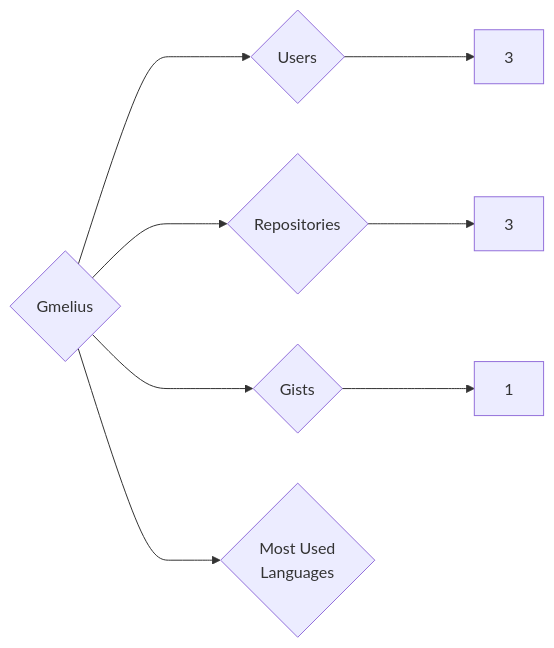
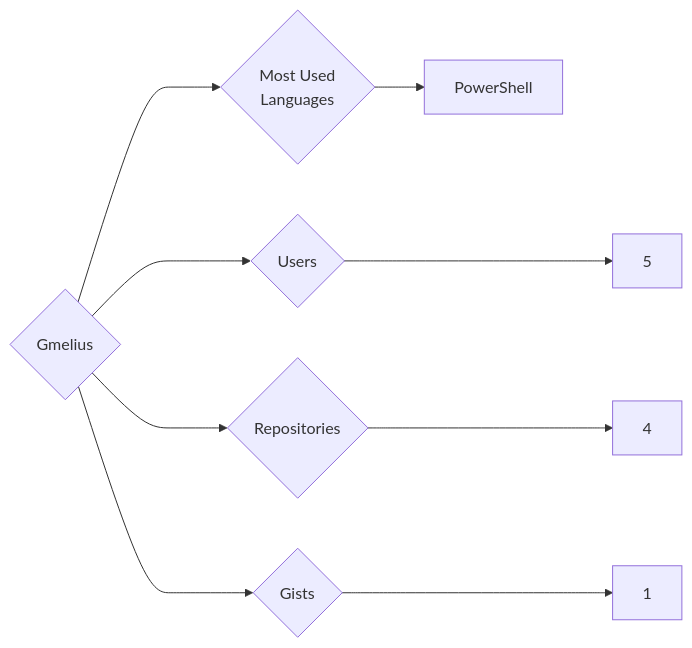
One commit to trickest/insiders changed the diagram in targets/Gmelius/README.md. Above: the diagram before and after it, drawn with Mermaid. The commit also changed 1175 other files, not shown here.

````diff
--- a/targets/Gmelius/README.md
+++ b/targets/Gmelius/README.md
@@ -3,8 +3,9 @@
 ```mermaid
 graph LR
 COMPANY_NAME{Gmelius}
-COMPANY_NAME ---> U{Users} ---> UN[3]
-COMPANY_NAME ---> R{Repositories} ---> RN[3]
+COMPANY_NAME ---> U{Users} ---> UN[5]
+COMPANY_NAME ---> R{Repositories} ---> RN[4]
 COMPANY_NAME ---> G{Gists} ---> GN[1]
 COMPANY_NAME ---> ML{Most Used<br>Languages}
+ML --> PowerShell[PowerShell]
 ```
````
